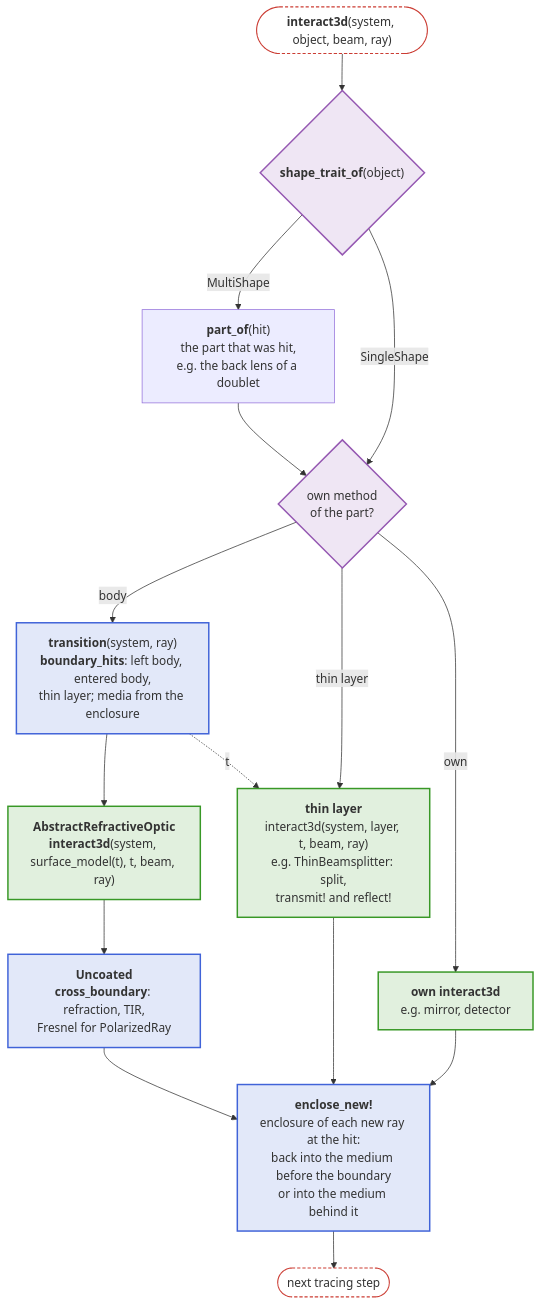
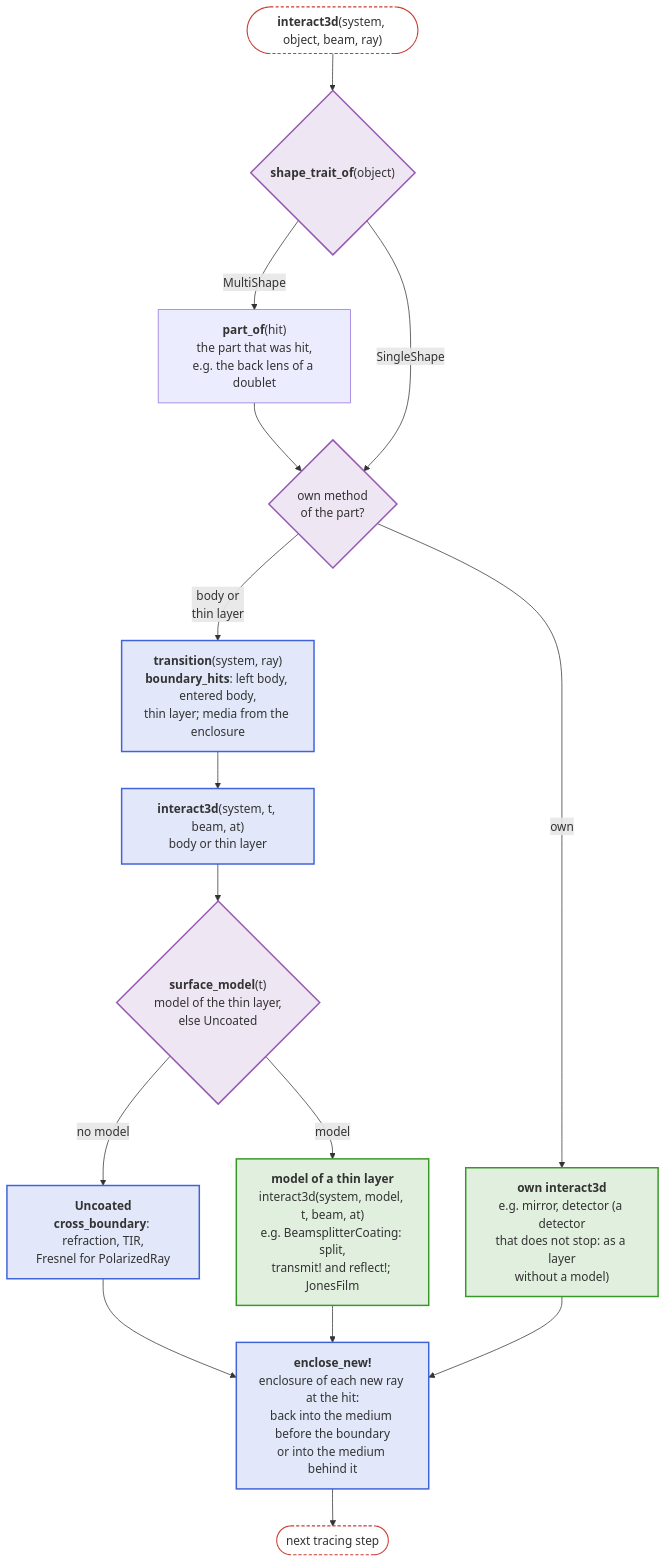
The fourth of 7 diagrams in docs/src/api/core.md (JuliaPhysics/BeamletOptics.jl), drawn with Mermaid before and after one commit. The commit also changed other lines of this file and 14 other files, not shown here.

First line of the commit message:
Internal: one surface model per boundary for bodies and thin layers

````diff
--- a/docs/src/api/core.md
+++ b/docs/src/api/core.md
@@ -203,32 +203,33 @@
 ```mermaid
 flowchart TB
     IA(["<b>interact3d</b>(system, object, beam, ray)"])
     MS{"<b>shape_trait_of</b>(object)"}
     PO["<b>part_of</b>(hit)<br/>the part that was hit,<br/>e.g. the back lens of a doublet"]
     K{"own method<br/>of the part?"}
     TR["<b>transition</b>(system, ray)<br/><b>boundary_hits</b>: left body, entered body,<br/>thin layer; media from the enclosure"]
-    BODY["<b>AbstractRefractiveOptic</b><br/><b>interact3d</b>(system, surface_model(t), t, beam, ray)"]
+    BOUND["<b>interact3d</b>(system, t, beam, at)<br/>body or thin layer"]
+    SM{"<b>surface_model</b>(t)<br/>model of the thin layer,<br/>else Uncoated"}
     UNC["<b>Uncoated</b><br/><b>cross_boundary</b>: refraction, TIR,<br/>Fresnel for PolarizedRay"]
-    LAYER["<b>thin layer</b><br/>interact3d(system, layer, t, beam, ray)<br/>e.g. ThinBeamsplitter: split,<br/>transmit! and reflect!"]
-    OWN["<b>own interact3d</b><br/>e.g. mirror, detector"]
+    MOD["<b>model of a thin layer</b><br/>interact3d(system, model, t, beam, at)<br/>e.g. BeamsplitterCoating: split,<br/>transmit! and reflect!; JonesFilm"]
+    OWN["<b>own interact3d</b><br/>e.g. mirror, detector (a detector<br/>that does not stop: as a layer<br/>without a model)"]
     ENC["<b>enclose_new!</b><br/>enclosure of each new ray at the hit:<br/>back into the medium before the boundary<br/>or into the medium behind it"]
     E([next tracing step])
 
     IA --> MS
     MS -- MultiShape --> PO --> K
     MS -- SingleShape --> K
-    K -- "body" --> TR --> BODY --> UNC --> ENC
-    K -- "thin layer" --> LAYER --> ENC
-    TR -. "t" .-> LAYER
+    K -- "body or<br/>thin layer" --> TR --> BOUND --> SM
+    SM -- "no model" --> UNC --> ENC
+    SM -- "model" --> MOD --> ENC
     K -- "own" --> OWN --> ENC
     ENC --> E
 
     classDef blue fill:#4063D826,stroke:#4063D8,stroke-width:2px
     classDef green fill:#38982626,stroke:#389826,stroke-width:2px
     classDef purple fill:#9558B226,stroke:#9558B2,stroke-width:2px
     classDef terminal fill:transparent,stroke:#CB3C33,stroke-width:1.5px,stroke-dasharray:4 3
-    class TR,UNC,ENC blue
-    class BODY,LAYER,OWN green
-    class MS,K purple
+    class TR,BOUND,UNC,ENC blue
+    class MOD,OWN green
+    class MS,K,SM purple
     class IA,E terminal
 ```
````
